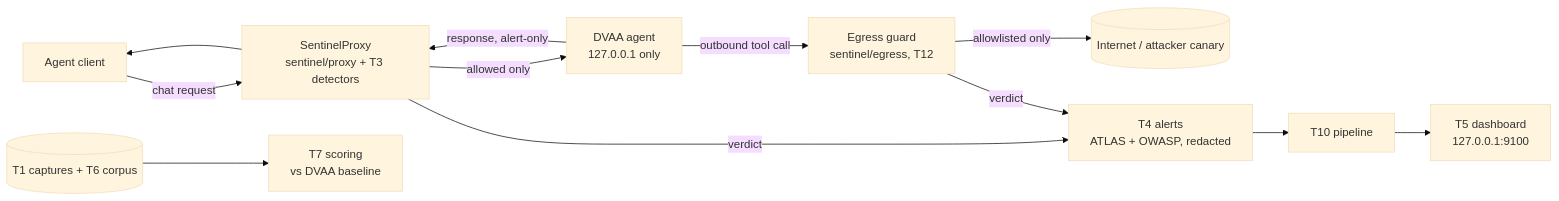
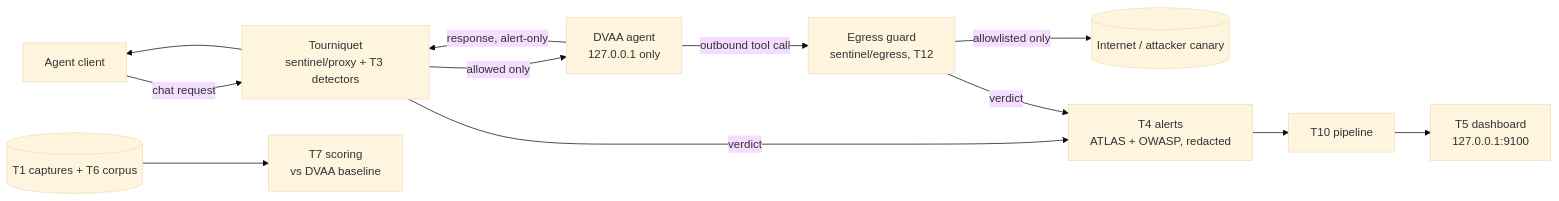
One commit to MoAlborati/AIC-X-Crowdstrike-Hackathon-Track-3 changed the diagram in README.md. Above: the diagram before and after it, drawn with Mermaid (base theme). The commit also changed other lines of this file and 119 other files, not shown here.

First line of the commit message:
[rebrand] SentinelProxy → Tourniquet (stops the data bleed)

````diff
--- a/README.md
+++ b/README.md
@@ -75,12 +77,12 @@
 ```mermaid
 flowchart LR
-  A[Agent client] -->|chat request| P[SentinelProxy<br/>sentinel/proxy + T3 detectors]
+  A[Agent client] -->|chat request| P[Tourniquet<br/>sentinel/proxy + T3 detectors]
   P -->|allowed only| D[DVAA agent<br/>127.0.0.1 only]
   D -->|response, alert-only| P --> A
   D -->|outbound tool call| E[Egress guard<br/>sentinel/egress, T12]
   E -->|allowlisted only| X[(Internet / attacker canary)]
   P -->|verdict| AL[T4 alerts<br/>ATLAS + OWASP, redacted]
   E -->|verdict| AL
   AL --> PL[T10 pipeline] --> DB[T5 dashboard<br/>127.0.0.1:9100]
   C[(T1 captures + T6 corpus)] --> S[T7 scoring<br/>vs DVAA baseline]
 ```
````
